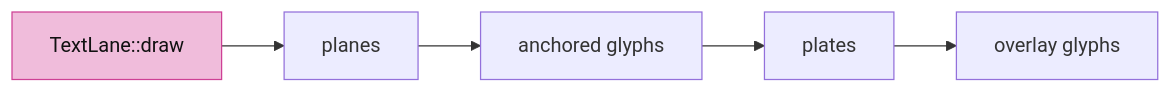
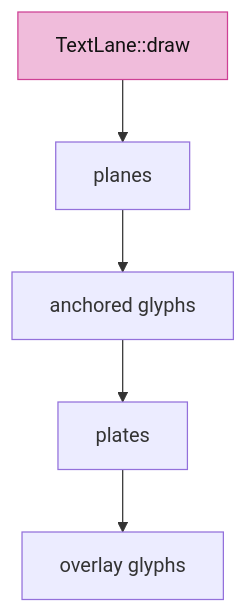
The tenth of 12 diagrams in session_viewer/docs/11-text-rendering.md (petrasvestartas/session), drawn with Mermaid before and after one commit. The commit also changed other lines of this file and 34 other files, not shown here.

First line of the commit message:
Course: each lesson teaches its file's final form; diagrams fit the column

````diff
--- a/session_viewer/docs/11-text-rendering.md
+++ b/session_viewer/docs/11-text-rendering.md
@@ -192,6 +192,8 @@
 ```mermaid
-flowchart LR
-    A["planes"] --> B["anchored glyphs"] --> C["plates"] --> D["overlay glyphs"]
-    E["TextLane::draw"] --> A
+flowchart TB
+    E["TextLane::draw"] --> A["planes"]
+    A --> B["anchored glyphs"]
+    B --> C["plates"]
+    C --> D["overlay glyphs"]
     style E fill:#f0bcdb,stroke:#ce4095,color:#111
 ```
````
